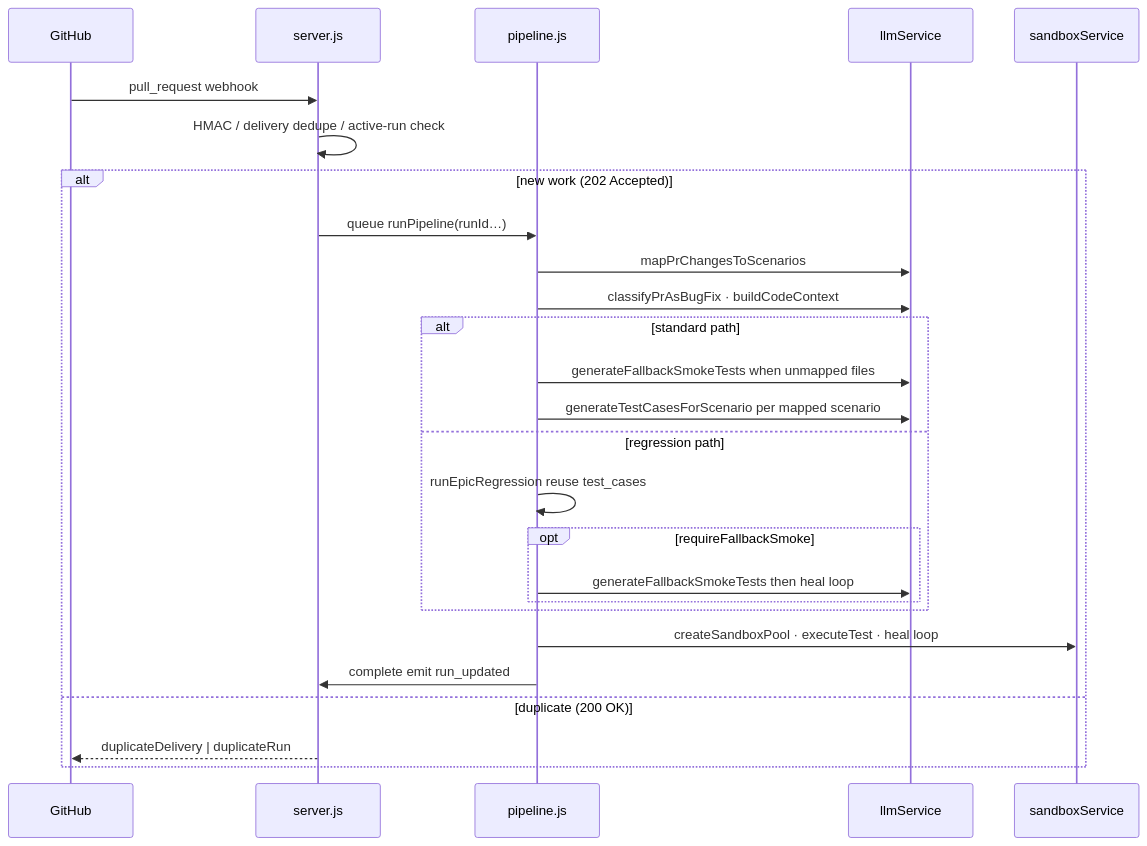
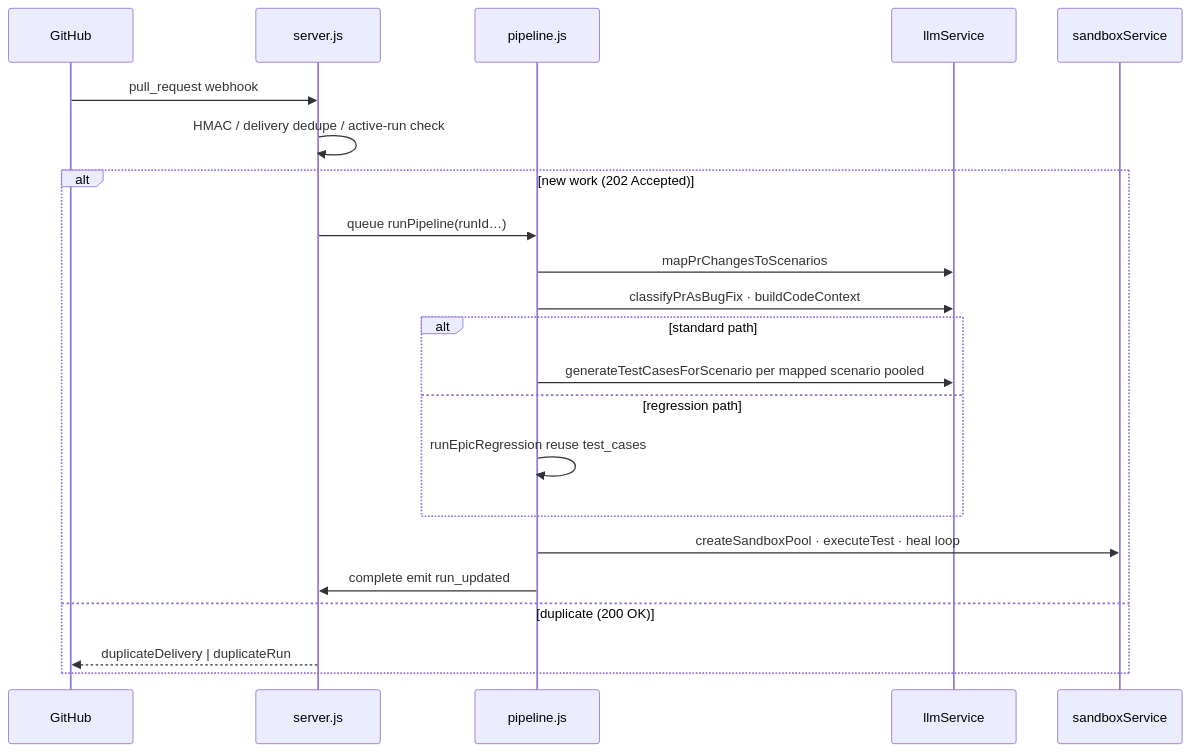
Before and after one commit to JosephCK21/QAPipeline: the second of 2 diagrams in README.md, drawn with Mermaid. The commit also changed other lines of this file and 4 other files, not shown here.

````diff
--- a/README.md
+++ b/README.md
@@ -115,28 +116,24 @@
 ```mermaid
 sequenceDiagram
   participant GH as GitHub
   participant S as server.js
   participant P as pipeline.js
   participant L as llmService
   participant D as sandboxService
   GH->>S: pull_request webhook
   S->>S: HMAC / delivery dedupe / active-run check
   alt new work (202 Accepted)
     S->>P: queue runPipeline(runId…)
     P->>L: mapPrChangesToScenarios
     P->>L: classifyPrAsBugFix · buildCodeContext
     alt standard path
-      P->>L: generateFallbackSmokeTests when unmapped files
-      P->>L: generateTestCasesForScenario per mapped scenario
+      P->>L: generateTestCasesForScenario per mapped scenario pooled
     else regression path
       P->>P: runEpicRegression reuse test_cases
-      opt requireFallbackSmoke
-        P->>L: generateFallbackSmokeTests then heal loop
-      end
     end
     P->>D: createSandboxPool · executeTest · heal loop
     P->>S: complete emit run_updated
   else duplicate (200 OK)
     S-->>GH: duplicateDelivery | duplicateRun
   end
 ```
````
